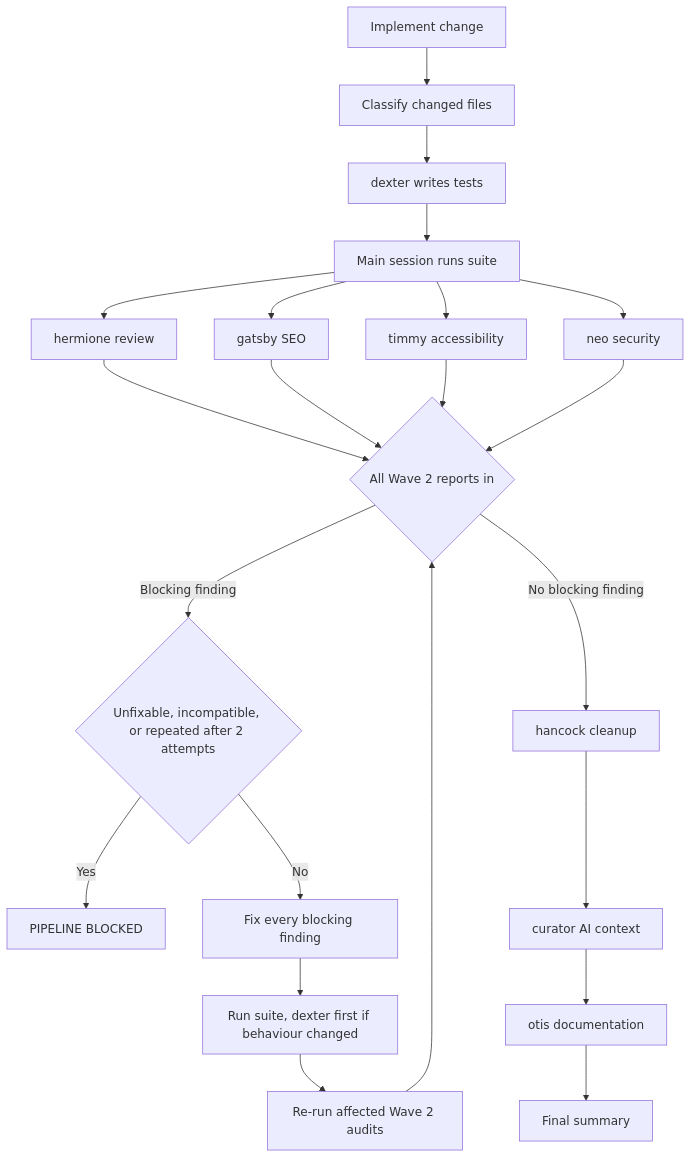
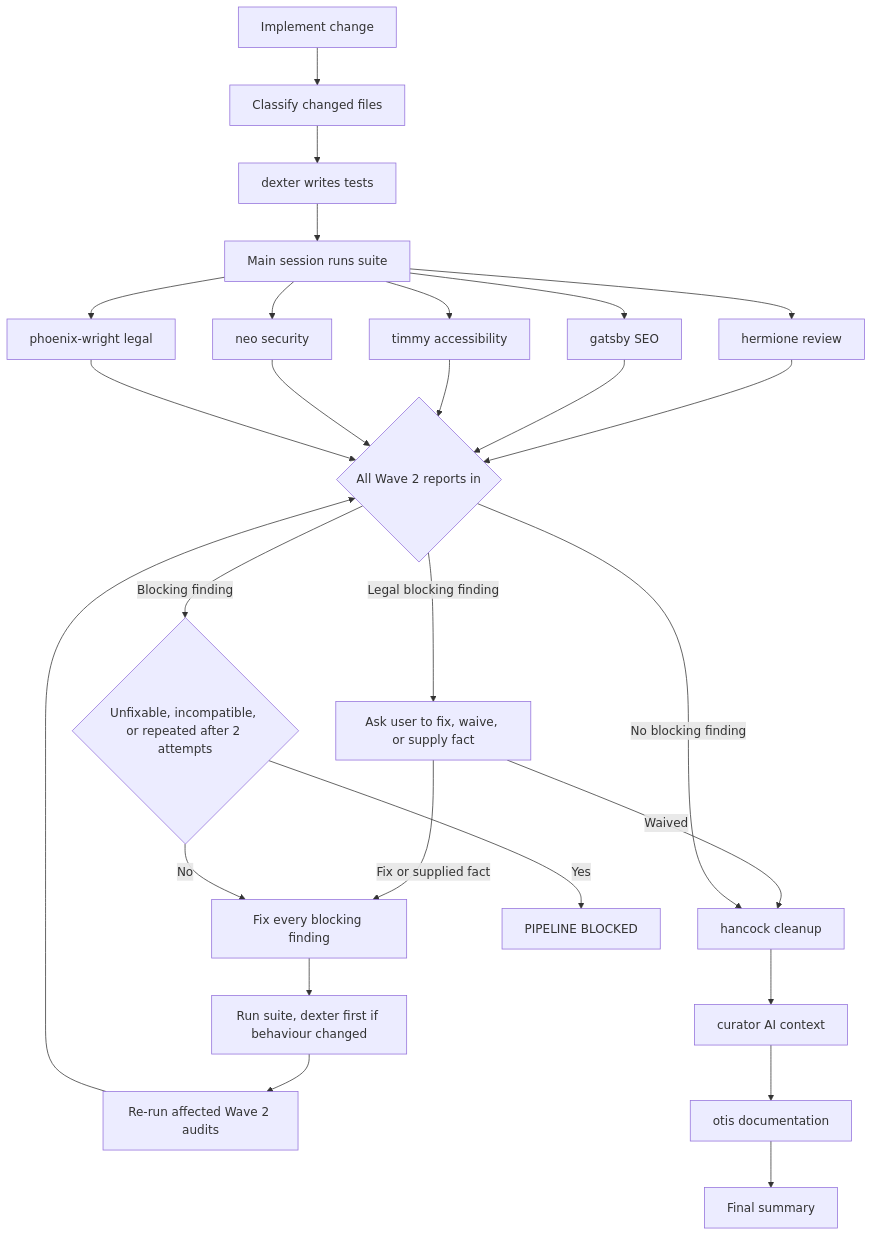
The second of 2 diagrams in README.md (ThibaultAuge/myAgents), drawn with Mermaid before and after one commit. The commit also changed other lines of this file and 10 other files, not shown here.

First line of the commit message:
Add phoenix-wright legal compliance agent and per-user agent opt-outs

````diff
--- a/README.md
+++ b/README.md
@@ -193,24 +199,29 @@
 ```mermaid
 flowchart TD
     A[Implement change] --> B[Classify changed files]
     B --> D[dexter writes tests]
     D --> S[Main session runs suite]
     S --> R[hermione review]
     S --> G[gatsby SEO]
     S --> T[timmy accessibility]
     S --> N[neo security]
+    S --> P["phoenix-wright legal"]
     R --> J{All Wave 2 reports in}
     G --> J
     T --> J
     N --> J
+    P --> J
+    J -- Legal blocking finding --> AskU["Ask user to fix, waive, or supply fact"]
+    AskU -- Waived --> H
+    AskU -- Fix or supplied fact --> X
     J -- Blocking finding --> U{Unfixable, incompatible, or repeated after 2 attempts}
     U -- Yes --> PB[PIPELINE BLOCKED]
     U -- No --> X[Fix every blocking finding]
     X --> RT[Run suite, dexter first if behaviour changed]
     RT --> RW[Re-run affected Wave 2 audits]
     RW --> J
     J -- No blocking finding --> H[hancock cleanup]
     H --> C[curator AI context]
     C --> O[otis documentation]
     O --> F[Final summary]
 ```
````
